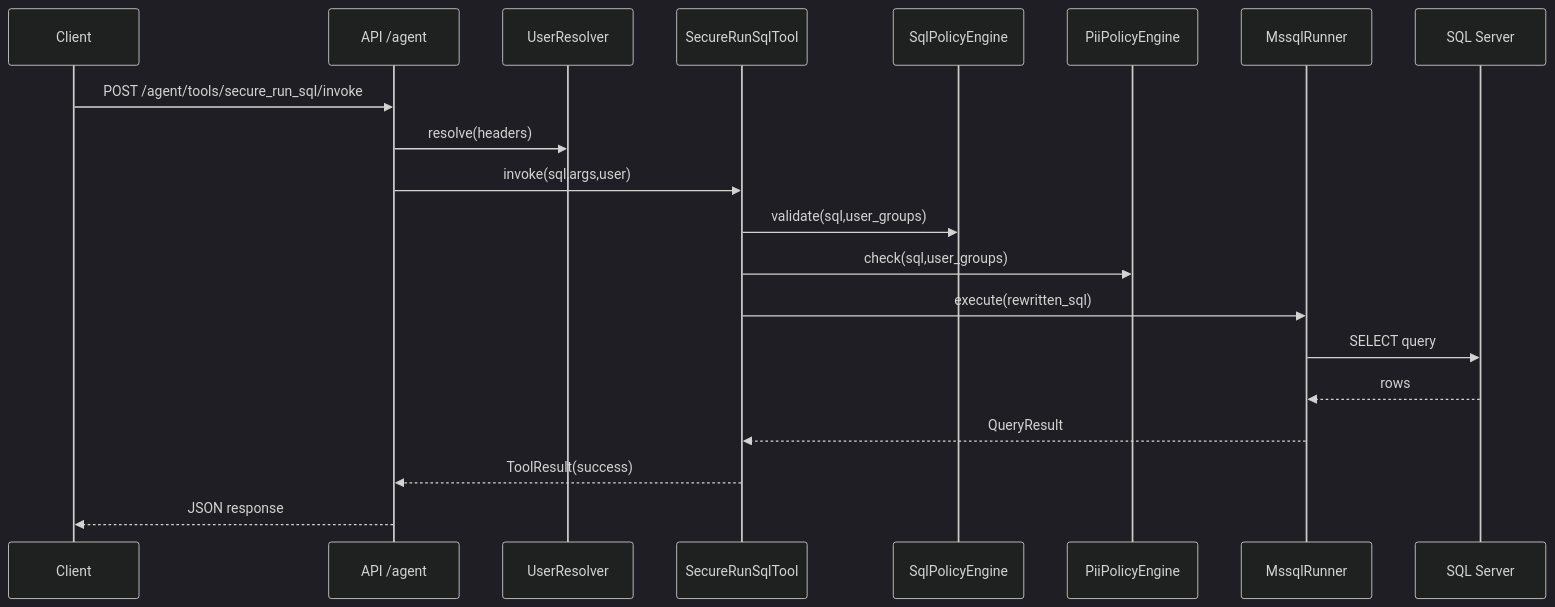
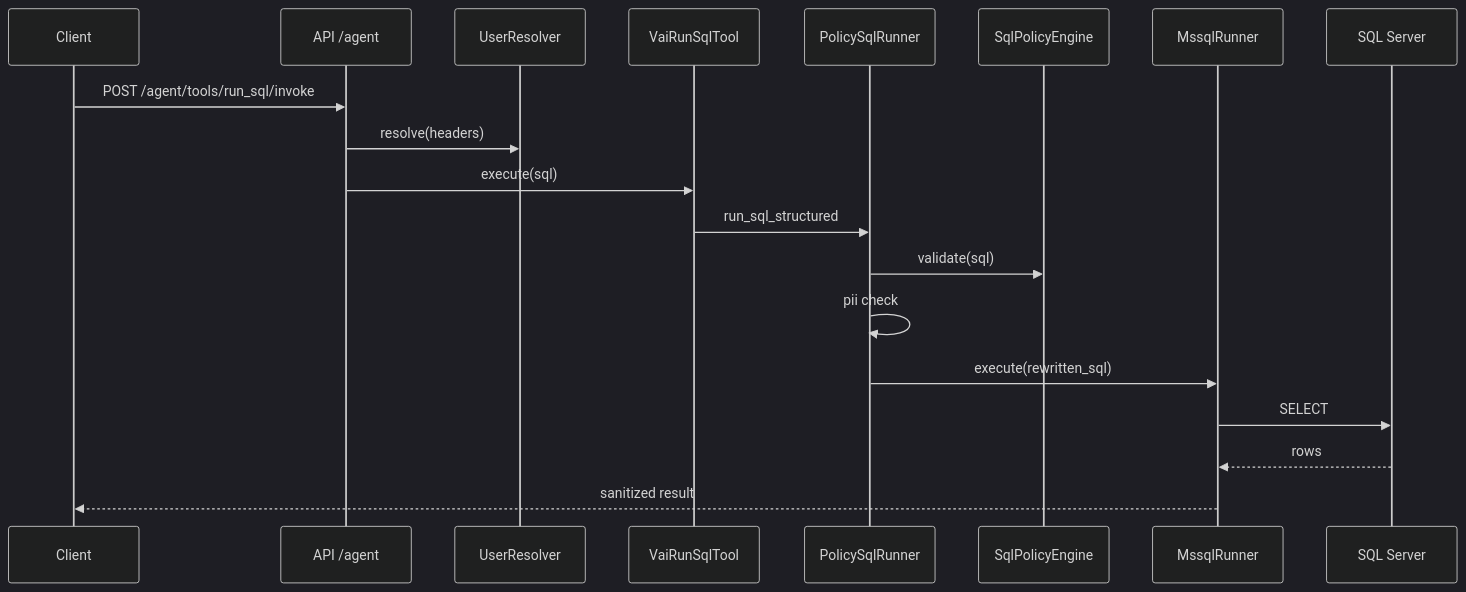
One commit to Amr204/sql-assistant changed the fourth of 4 diagrams in docs/ARCHITECTURE.md. Above: the diagram before and after it, drawn with Mermaid (dark theme). The commit also changed other lines of this file and 61 other files, not shown here.

````diff
--- a/docs/ARCHITECTURE.md
+++ b/docs/ARCHITECTURE.md
@@ -23,23 +129,22 @@
 ```mermaid
 sequenceDiagram
     participant C as Client
     participant A as API /agent
     participant R as UserResolver
-    participant T as SecureRunSqlTool
+    participant T as VaiRunSqlTool
+    participant P as PolicySqlRunner
     participant S as SqlPolicyEngine
-    participant P as PiiPolicyEngine
     participant M as MssqlRunner
     participant D as SQL Server
 
-    C->>A: POST /agent/tools/secure_run_sql/invoke
+    C->>A: POST /agent/tools/run_sql/invoke
     A->>R: resolve(headers)
-    A->>T: invoke(sql,args,user)
-    T->>S: validate(sql,user_groups)
-    T->>P: check(sql,user_groups)
-    T->>M: execute(rewritten_sql)
-    M->>D: SELECT query
+    A->>T: execute(sql)
+    T->>P: run_sql_structured
+    P->>S: validate(sql)
+    P->>P: pii check
+    P->>M: execute(rewritten_sql)
+    M->>D: SELECT
     D-->>M: rows
-    M-->>T: QueryResult
-    T-->>A: ToolResult(success)
-    A-->>C: JSON response
+    M-->>C: sanitized result
 ```
````
